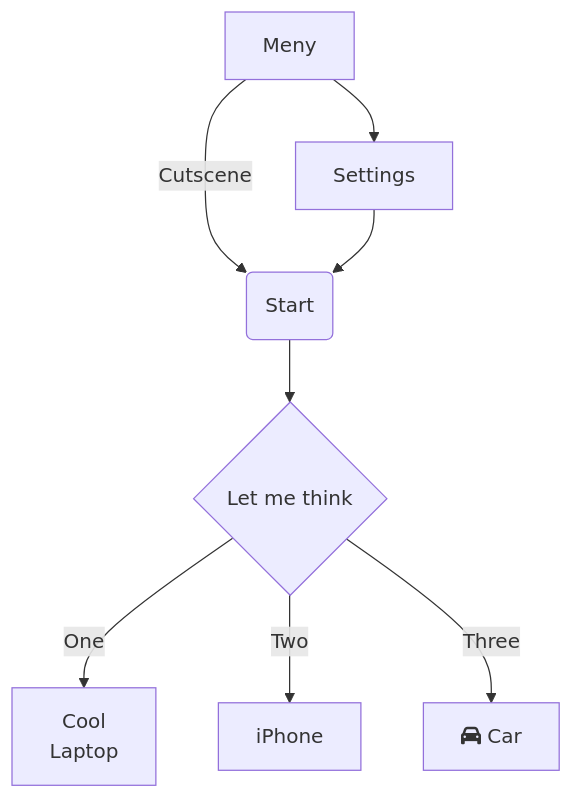
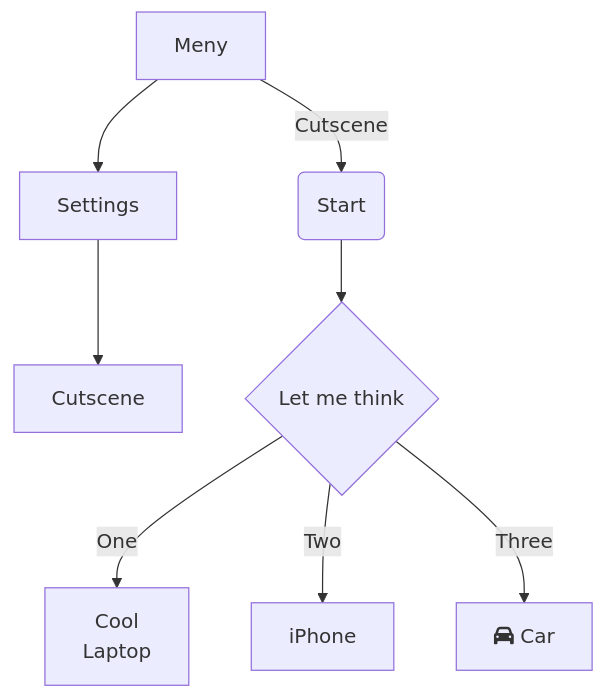
Before and after one commit to WilleGyr/Project-Intro-Ingenjorsarbete: the diagram in Dokumentation/Planering.mmd, drawn with Mermaid.

```diff
--- a/Dokumentation/Planering.mmd
+++ b/Dokumentation/Planering.mmd
@@ -1,8 +1,8 @@
 graph TD
     A[Meny] -->|Cutscene| B(Start)
     A[Meny] --> Settings
-    Settings --> B(Start)
+    Settings --> Cutscene
     B --> C{Let me think}
     C -->|One| D["Cool <br> Laptop"]
     C -->|Two| E[iPhone]
     C -->|Three| F[fa:fa-car Car]
```
